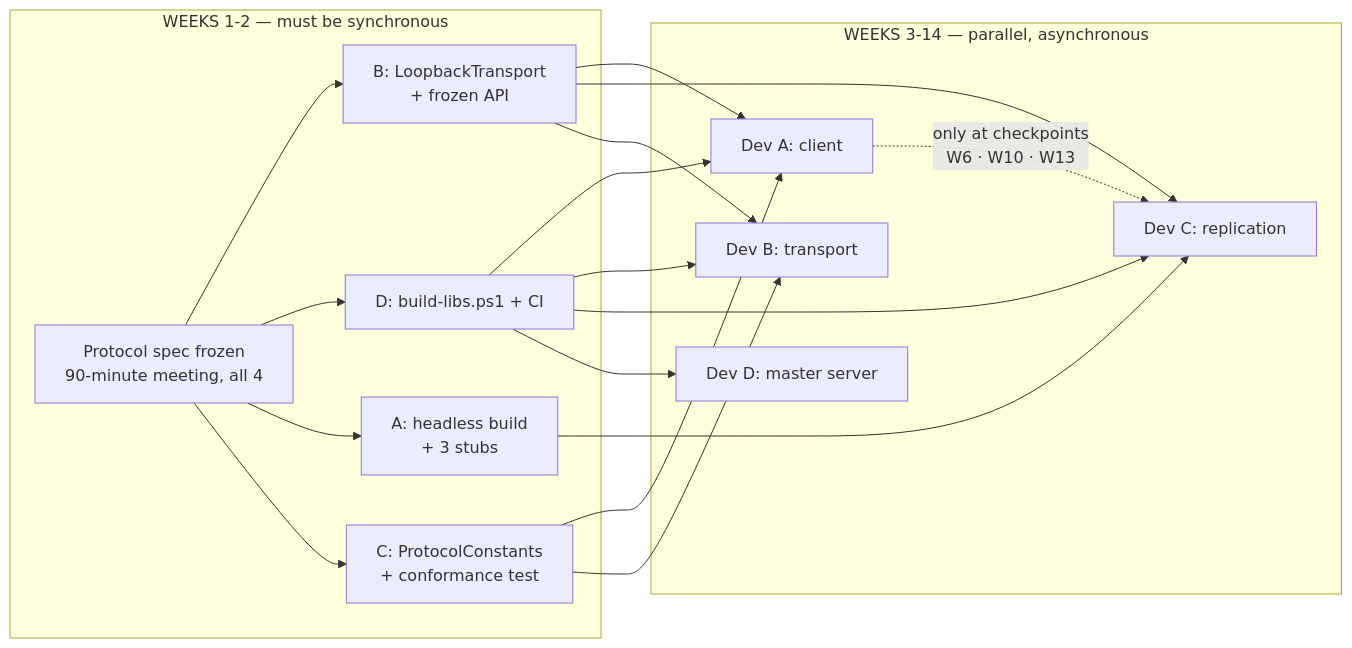
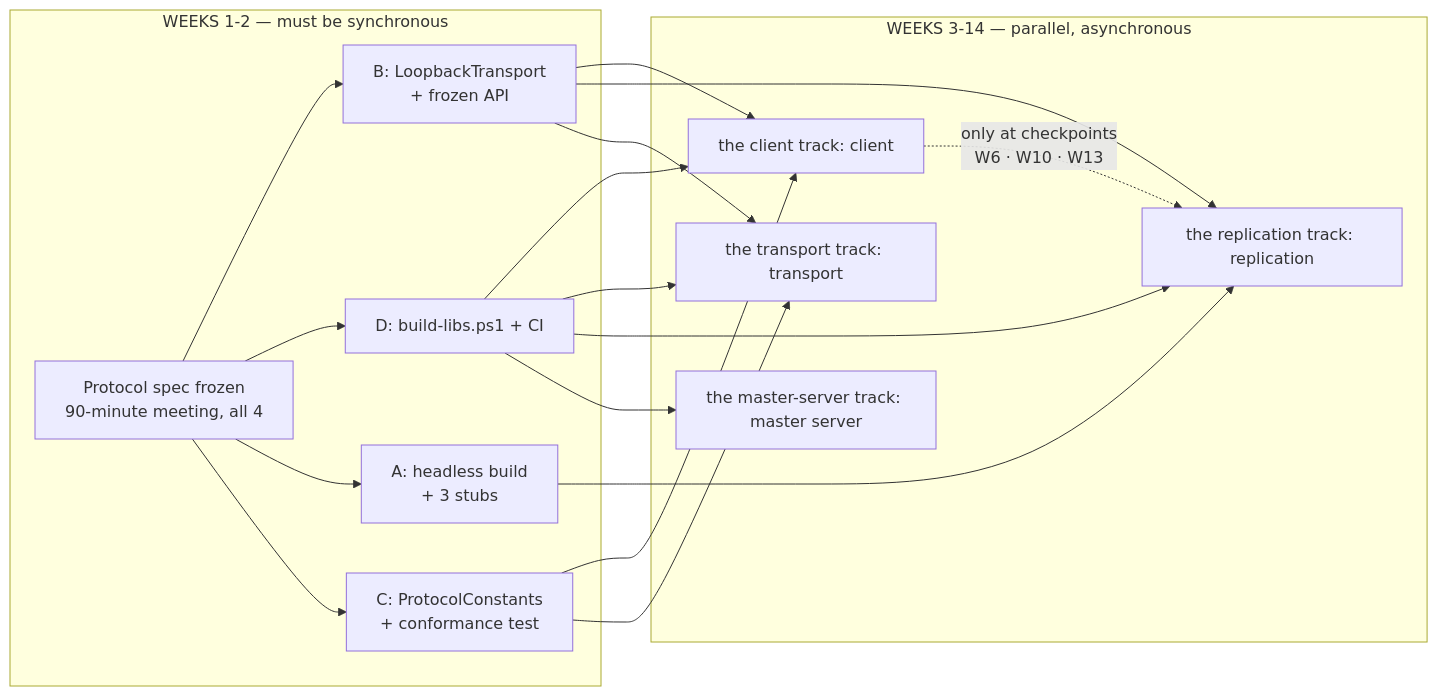
One commit to Nghaiz/LTM changed the diagram in plans/00-shared/dependency-map.md. Above: the diagram before and after it, drawn with Mermaid. The commit also changed other lines of this file and 281 other files, not shown here.

````diff
--- a/plans/00-shared/dependency-map.md
+++ b/plans/00-shared/dependency-map.md
@@ -12,24 +12,24 @@
 ```mermaid
 flowchart LR
     subgraph W12["WEEKS 1-2 — must be synchronous"]
         P["Protocol spec frozen<br/>90-minute meeting, all 4"]
         BS["B: LoopbackTransport<br/>+ frozen API"]
         DS["D: build-libs.ps1 + CI"]
         AS["A: headless build<br/>+ 3 stubs"]
         CS["C: ProtocolConstants<br/>+ conformance test"]
     end
     subgraph W314["WEEKS 3-14 — parallel, asynchronous"]
-        A2["Dev A: client"]
-        B2["Dev B: transport"]
-        C2["Dev C: replication"]
-        D2["Dev D: master server"]
+        A2["the client track: client"]
+        B2["the transport track: transport"]
+        C2["the replication track: replication"]
+        D2["the master-server track: master server"]
     end
     P --> BS & DS & AS & CS
     BS --> A2 & C2
     DS --> A2 & B2 & C2
     AS --> C2
     CS --> A2 & B2
     BS --> B2
     DS --> D2
     A2 -.->|"only at checkpoints<br/>W6 · W10 · W13"| C2
 ```
````
